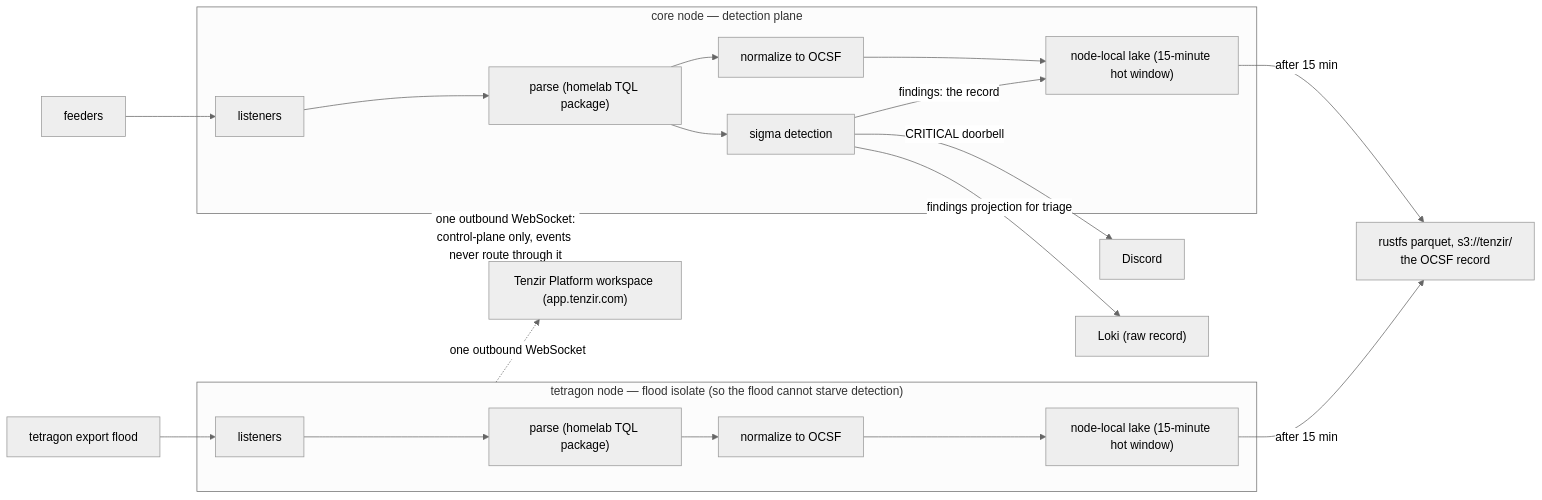
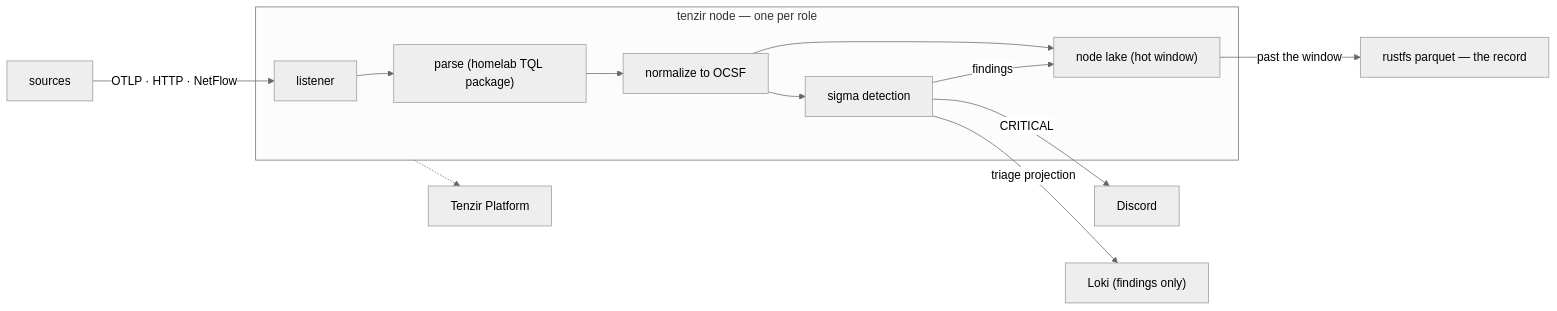
The diagram in flux/manifests/03-services/observability/tenzir/README.md (Apocrathia/homelab), drawn with Mermaid (neutral theme) before and after one commit. The commit also changed other lines of this file and 2 other files, not shown here.

Commit message:
docs(observability): refine the tenzir diagrams
Root pattern chart redrawn to the target shape: parse -> OCSF -> sigma
(the detection restructure MR lands this), listener inside the node
boundary, plain Discord node, bare dashed platform edge, no doorbell
language. Core connectivity chart rewritten stage-linear: feeders with
ports into raw topics, OCSF maps -> sigma, lake and egress inside a core
node boundary. Math fences retagged python so the sizing arithmetic and
comments highlight.

````diff
--- a/flux/manifests/03-services/observability/tenzir/README.md
+++ b/flux/manifests/03-services/observability/tenzir/README.md
@@ -34,27 +38,17 @@
 ```mermaid
 flowchart LR
-    FEED[feeders] --> CL
-    FLOOD["tetragon export flood"] --> TL
+    SRC["sources"] -->|"OTLP · HTTP · NetFlow"| IN[listener]
 
-    subgraph CORE["core node — detection plane"]
-        CL["listeners"] --> CP["parse (homelab TQL package)"]
-        CP --> OC["normalize to OCSF"]
-        CP --> SG["sigma detection"]
-        OC --> CLK["node-local lake (15-minute hot window)"]
-        SG -->|"findings: the record"| CLK
+    subgraph NODE["tenzir node — one per role"]
+        IN --> PARSE["parse (homelab TQL package)"]
+        PARSE --> OCSF["normalize to OCSF"]
+        OCSF --> SIGMA["sigma detection"]
+        OCSF --> LAKE["node lake (hot window)"]
+        SIGMA -->|"findings"| LAKE
     end
 
-    subgraph TET["tetragon node — flood isolate (so the flood cannot starve detection)"]
-        TL["listeners"] --> TCP["parse (homelab TQL package)"]
-        TCP --> TOC["normalize to OCSF"]
-        TOC --> TLK["node-local lake (15-minute hot window)"]
-    end
-
-    SG -->|"CRITICAL doorbell"| DISC[Discord]
-    SG -->|"findings projection for triage"| LOKI["Loki (raw record)"]
-    CLK -->|"after 15 min"| S3["rustfs parquet, s3://tenzir/<br/>the OCSF record"]
-    TLK -->|"after 15 min"| S3
-
-    CORE -.->|"one outbound WebSocket:<br/>control-plane only, events never route through it"| PLAT["Tenzir Platform workspace (app.tenzir.com)"]
-    TET -.->|"one outbound WebSocket"| PLAT
+    SIGMA -->|"CRITICAL"| DISC[Discord]
+    SIGMA -->|"triage projection"| LOKI["Loki (findings only)"]
+    LAKE -->|"past the window"| RUST["rustfs parquet — the record"]
+    NODE -.-> PLAT["Tenzir Platform"]
 ```
````
